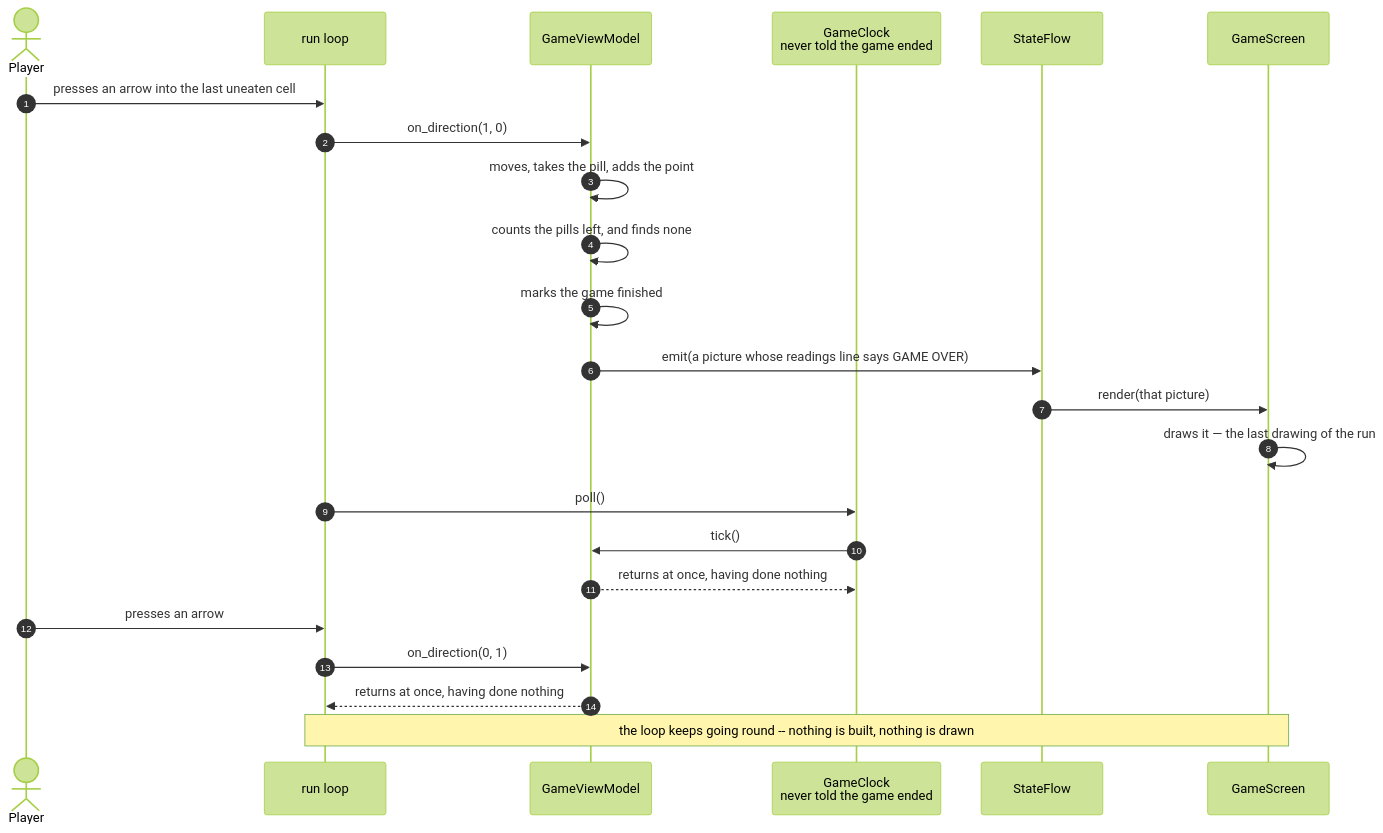
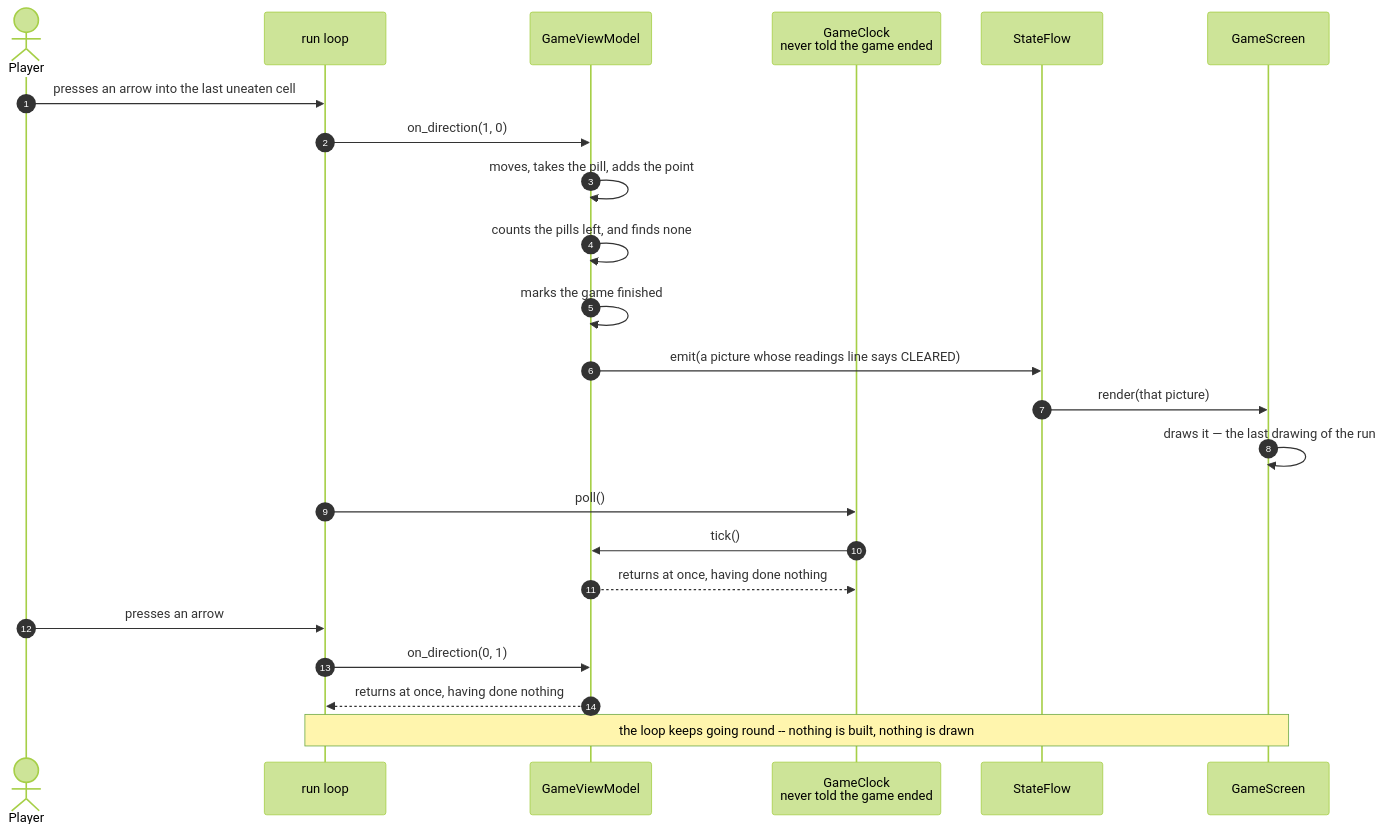
The diagram in docs/scenarios/the-last-pill-is-eaten-and-the-game-is-over.md (replicant1/TerminalGame), drawn with Mermaid (forest theme) before and after one commit. The commit also changed other lines of this file and 3 other files, not shown here.

````diff
--- a/docs/scenarios/the-last-pill-is-eaten-and-the-game-is-over.md
+++ b/docs/scenarios/the-last-pill-is-eaten-and-the-game-is-over.md
@@ -52,26 +52,26 @@
 ```mermaid
 sequenceDiagram
     autonumber
     actor Player
     participant Main as run loop
     participant ViewModel as GameViewModel
     participant Clock as GameClock<br/>never told the game ended
     participant Flow as StateFlow
     participant Screen as GameScreen
 
     Player->>Main: presses an arrow into the last uneaten cell
     Main->>ViewModel: on_direction(1, 0)
     ViewModel->>ViewModel: moves, takes the pill, adds the point
     ViewModel->>ViewModel: counts the pills left, and finds none
     ViewModel->>ViewModel: marks the game finished
-    ViewModel->>Flow: emit(a picture whose readings line says GAME OVER)
+    ViewModel->>Flow: emit(a picture whose readings line says CLEARED)
     Flow->>Screen: render(that picture)
     Screen->>Screen: draws it — the last drawing of the run
     Main->>Clock: poll()
     Clock->>ViewModel: tick()
     ViewModel-->>Clock: returns at once, having done nothing
     Player->>Main: presses an arrow
     Main->>ViewModel: on_direction(0, 1)
     ViewModel-->>Main: returns at once, having done nothing
     Note over Main,Screen: the loop keeps going round -- nothing is built, nothing is drawn
 ```
````
